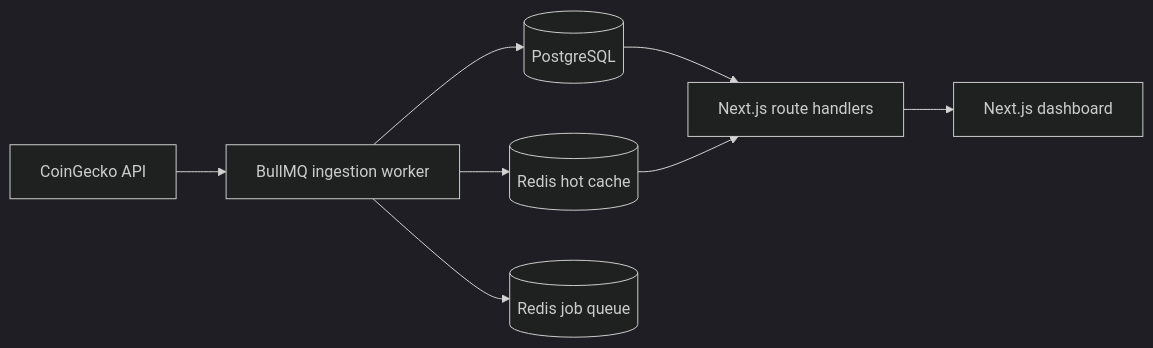
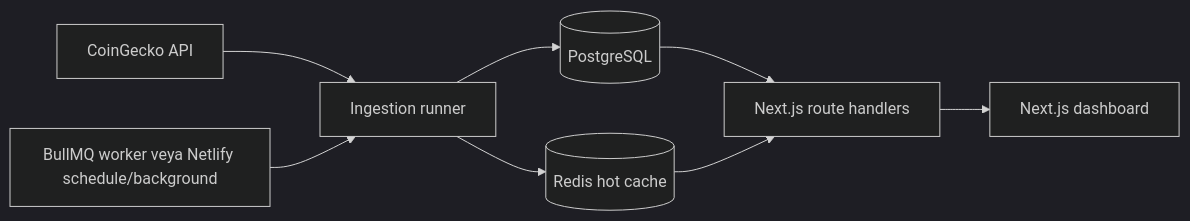
The diagram in README.md (npcBerk/sonitus), drawn with Mermaid (dark theme) before and after one commit. The commit also changed other lines of this file and 31 other files, not shown here.

Commit message:
feat: implement Redis-based distributed locking for market scans and add Netlify functions for background job scheduling

````diff
--- a/README.md
+++ b/README.md
@@ -18,10 +18,10 @@
 ```mermaid
 flowchart LR
-  CG[CoinGecko API] --> W[BullMQ ingestion worker]
-  W --> PG[(PostgreSQL)]
-  W --> RC[(Redis hot cache)]
-  W --> Q[(Redis job queue)]
+  CG[CoinGecko API] --> I[Ingestion runner]
+  I --> PG[(PostgreSQL)]
+  I --> RC[(Redis hot cache)]
+  Q[BullMQ worker veya Netlify schedule/background] --> I
   PG --> API[Next.js route handlers]
   RC --> API
   API --> UI[Next.js dashboard]
 ```
````
